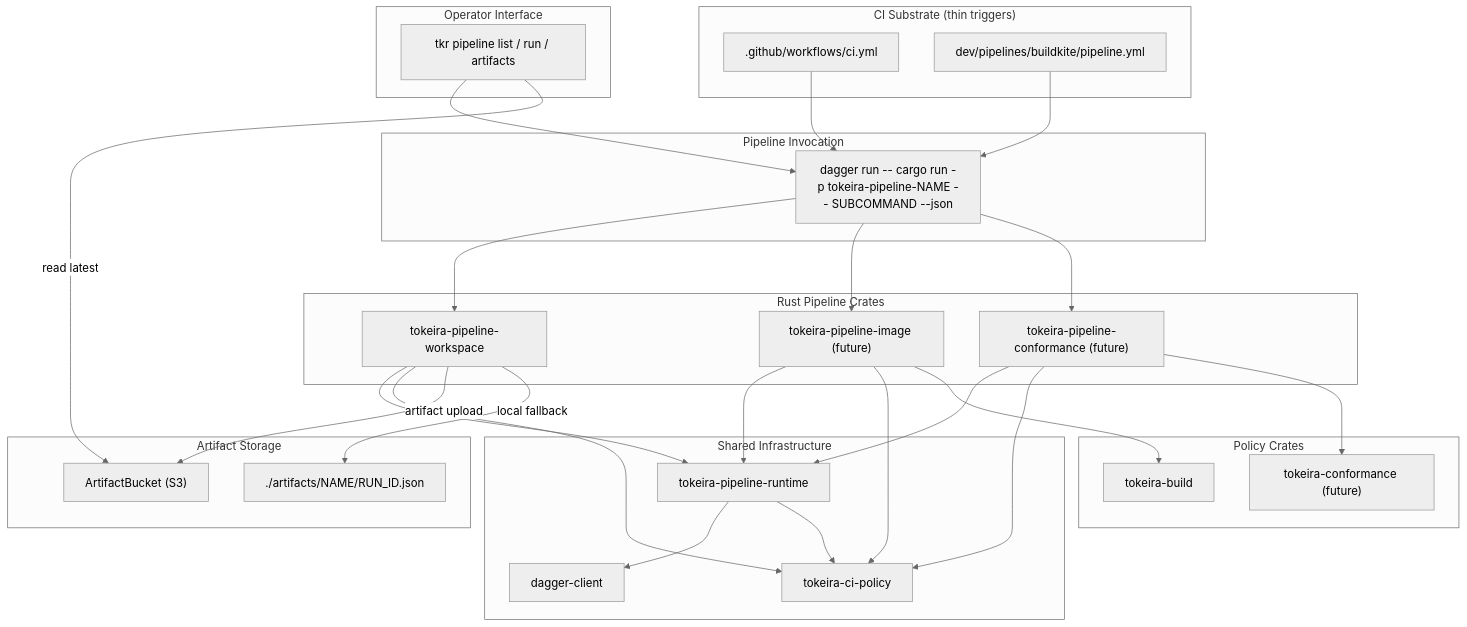
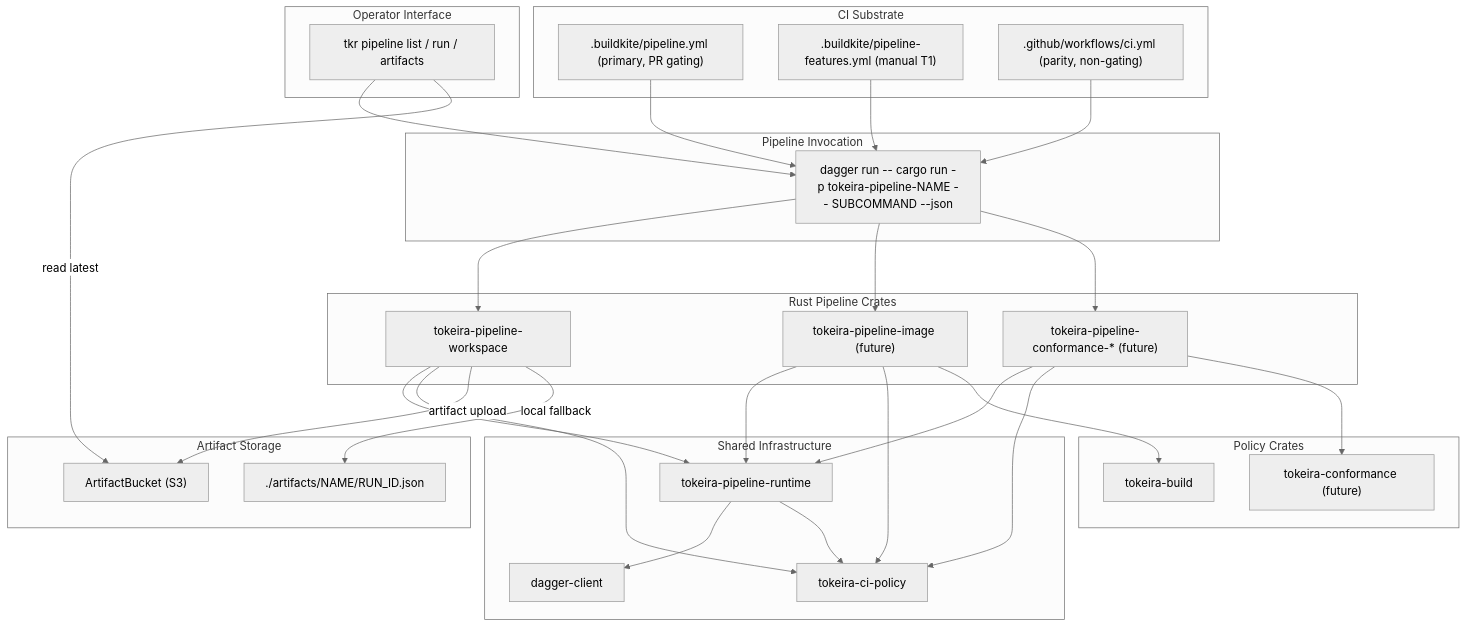
Before and after one commit to tokeira/tokeira: the diagram in .kiro/specs/pipeline-foundation/design.md, drawn with Mermaid (neutral theme). The commit also changed other lines of this file and 1 other file, not shown here.

````diff
--- a/.kiro/specs/pipeline-foundation/design.md
+++ b/.kiro/specs/pipeline-foundation/design.md
@@ -25,61 +26,63 @@
 ```mermaid
 graph TD
-    subgraph "CI Substrate (thin triggers)"
-      GHA[".github/workflows/ci.yml"]
-      BK["dev/pipelines/buildkite/pipeline.yml"]
+    subgraph "CI Substrate"
+      BK[".buildkite/pipeline.yml (primary, PR gating)"]
+      BKFeat[".buildkite/pipeline-features.yml (manual T1)"]
+      GHA[".github/workflows/ci.yml (parity, non-gating)"]
     end
 
     subgraph "Pipeline Invocation"
       DaggerRun["dagger run -- cargo run -p tokeira-pipeline-NAME -- SUBCOMMAND --json"]
     end
 
     subgraph "Rust Pipeline Crates"
       Workspace["tokeira-pipeline-workspace"]
       Image["tokeira-pipeline-image (future)"]
-      Conformance["tokeira-pipeline-conformance (future)"]
+      Conf["tokeira-pipeline-conformance-* (future)"]
     end
 
     subgraph "Shared Infrastructure"
       Runtime["tokeira-pipeline-runtime"]
       Policy["tokeira-ci-policy"]
       DaggerClient["dagger-client"]
     end
 
     subgraph "Policy Crates"
       Build["tokeira-build"]
       ConfPolicy["tokeira-conformance (future)"]
     end
 
     subgraph "Artifact Storage"
       S3["ArtifactBucket (S3)"]
       LocalDir["./artifacts/NAME/RUN_ID.json"]
     end
 
     subgraph "Operator Interface"
       Tkr["tkr pipeline list / run / artifacts"]
     end
 
+    BK --> DaggerRun
+    BKFeat --> DaggerRun
     GHA --> DaggerRun
-    BK --> DaggerRun
     Tkr --> DaggerRun
     DaggerRun --> Workspace
     DaggerRun --> Image
-    DaggerRun --> Conformance
+    DaggerRun --> Conf
 
     Workspace --> Runtime
     Image --> Runtime
-    Conformance --> Runtime
+    Conf --> Runtime
 
     Workspace --> Policy
     Image --> Policy
     Image --> Build
-    Conformance --> Policy
-    Conformance --> ConfPolicy
+    Conf --> Policy
+    Conf --> ConfPolicy
 
     Runtime --> DaggerClient
     Runtime --> Policy
 
     Workspace -->|"artifact upload"| S3
     Workspace -->|"local fallback"| LocalDir
     Tkr -->|"read latest"| S3
 ```
````
